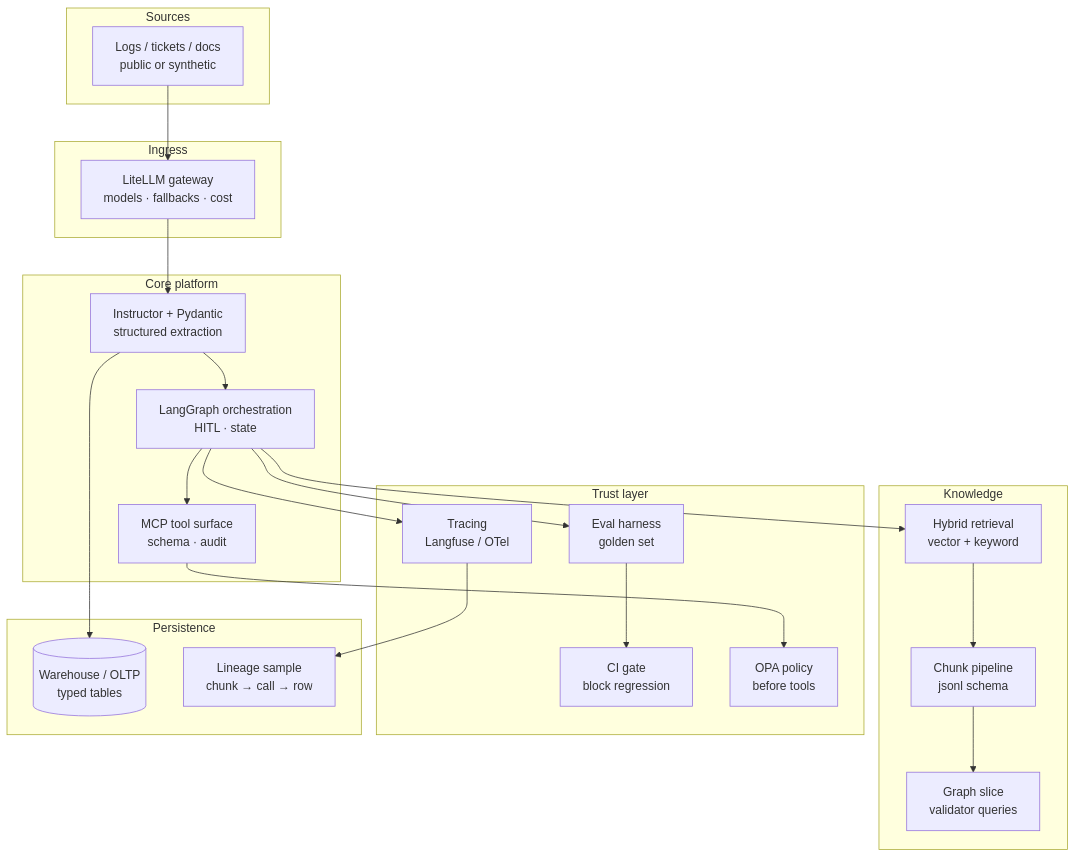
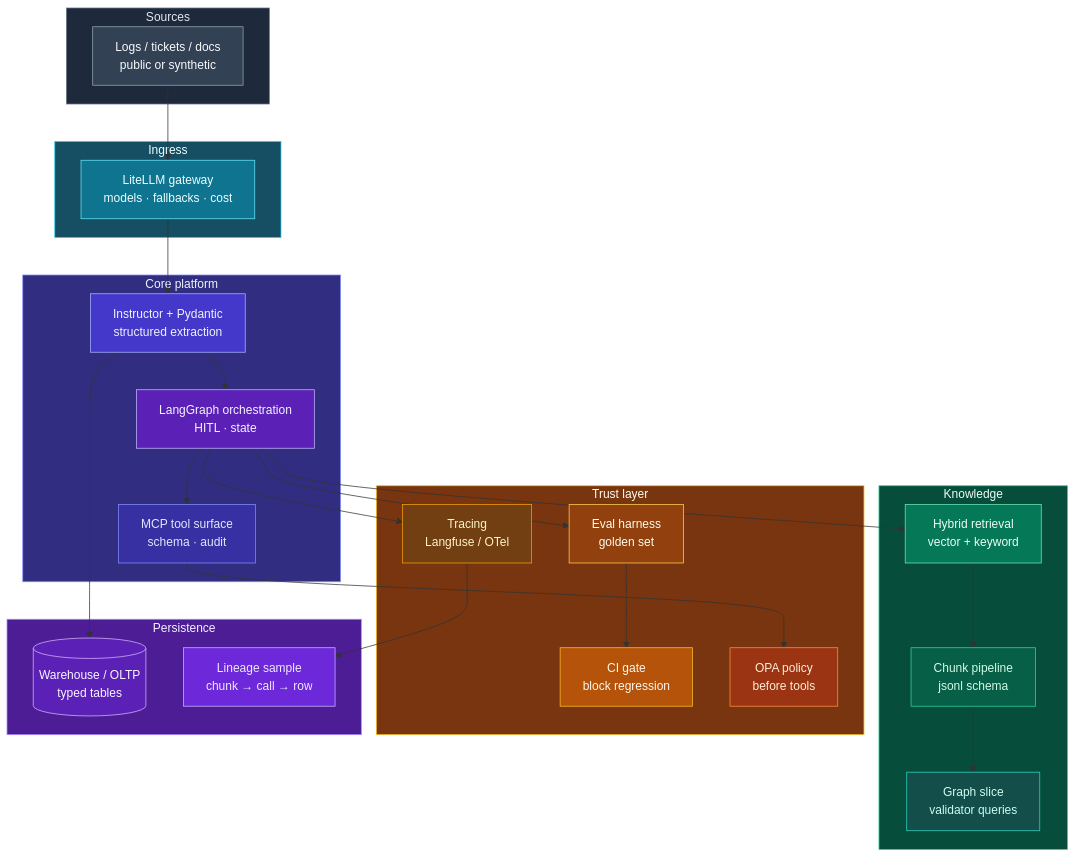
Before and after one commit to harishrajoori/ai-engineer-roadmap: the third of 3 diagrams in docs/AI_Platform_System_Engineer_Program_Brief.md, drawn with Mermaid. The commit also changed other lines of this file and 6 other files, not shown here.

First line of the commit message:
feat(ui): colorful Mermaid diagrams across studio and program brief

````diff
--- a/docs/AI_Platform_System_Engineer_Program_Brief.md
+++ b/docs/AI_Platform_System_Engineer_Program_Brief.md
@@ -290,48 +299,69 @@
 ```mermaid
 flowchart TB
   subgraph sources [Sources]
-    LOGS[Logs / tickets / docs\npublic or synthetic]
+    LOGS["Logs / tickets / docs<br/>public or synthetic"]
   end
 
   subgraph ingress [Ingress]
-    GW[LiteLLM gateway\nmodels · fallbacks · cost]
+    GW["LiteLLM gateway<br/>models · fallbacks · cost"]
   end
 
   subgraph core [Core platform]
-    EXT[Instructor + Pydantic\nstructured extraction]
-    ORCH[LangGraph orchestration\nHITL · state]
-    MCP[MCP tool surface\nschema · audit]
+    EXT["Instructor + Pydantic<br/>structured extraction"]
+    ORCH["LangGraph orchestration<br/>HITL · state"]
+    MCP["MCP tool surface<br/>schema · audit"]
   end
 
   subgraph knowledge [Knowledge]
-    RAG[Hybrid retrieval\nvector + keyword]
-    CHUNK[Chunk pipeline\njsonl schema]
-    GRAPH[Graph slice\nvalidator queries]
+    RAG["Hybrid retrieval<br/>vector + keyword"]
+    CHUNK["Chunk pipeline<br/>jsonl schema"]
+    GRAPH["Graph slice<br/>validator queries"]
   end
 
   subgraph trust [Trust layer]
-    EVAL[Eval harness\ngolden set]
-    CI[CI gate\nblock regression]
-    OPA[OPA policy\nbefore tools]
-    TRACE[Tracing\nLangfuse / OTel]
+    EVAL["Eval harness<br/>golden set"]
+    CI["CI gate<br/>block regression"]
+    OPA["OPA policy<br/>before tools"]
+    TRACE["Tracing<br/>Langfuse / OTel"]
   end
 
   subgraph store [Persistence]
-    DB[(Warehouse / OLTP\ntyped tables)]
-    LINEAGE[Lineage sample\nchunk → call → row]
+    DB[("Warehouse / OLTP<br/>typed tables")]
+    LINEAGE["Lineage sample<br/>chunk → call → row"]
   end
 
   LOGS --> GW
   GW --> EXT
   EXT --> ORCH
   ORCH --> MCP
   ORCH --> RAG
   RAG --> CHUNK
   CHUNK --> GRAPH
   ORCH --> EVAL
   EVAL --> CI
   MCP --> OPA
   ORCH --> TRACE
   EXT --> DB
   TRACE --> LINEAGE
+
+  style sources fill:#1e293b,stroke:#64748b,color:#e2e8f0
+  style ingress fill:#164e63,stroke:#22d3ee,color:#ecfeff
+  style core fill:#312e81,stroke:#818cf8,color:#eef2ff
+  style knowledge fill:#064e3b,stroke:#34d399,color:#ecfdf5
+  style trust fill:#78350f,stroke:#fbbf24,color:#fffbeb
+  style store fill:#4c1d95,stroke:#a78bfa,color:#f5f3ff
+  style LOGS fill:#334155,stroke:#94a3b8,color:#f8fafc
+  style GW fill:#0e7490,stroke:#67e8f9,color:#ecfeff
+  style EXT fill:#4338ca,stroke:#a5b4fc,color:#eef2ff
+  style ORCH fill:#5b21b6,stroke:#c4b5fd,color:#f5f3ff
+  style MCP fill:#3730a3,stroke:#818cf8,color:#e0e7ff
+  style RAG fill:#047857,stroke:#6ee7b7,color:#ecfdf5
+  style CHUNK fill:#065f46,stroke:#34d399,color:#d1fae5
+  style GRAPH fill:#134e4a,stroke:#2dd4bf,color:#ccfbf1
+  style EVAL fill:#92400e,stroke:#fcd34d,color:#fffbeb
+  style CI fill:#b45309,stroke:#fbbf24,color:#fff7ed
+  style OPA fill:#9a3412,stroke:#fb923c,color:#ffedd5
+  style TRACE fill:#713f12,stroke:#f59e0b,color:#fef3c7
+  style DB fill:#5b21b6,stroke:#d8b4fe,color:#faf5ff
+  style LINEAGE fill:#6d28d9,stroke:#c4b5fd,color:#ede9fe
 ```
````
